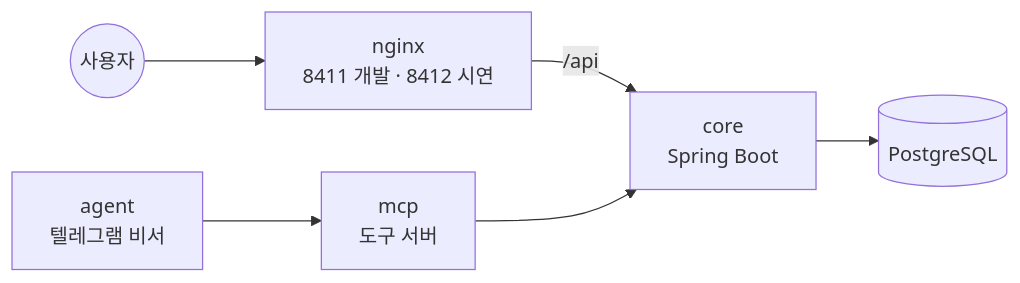
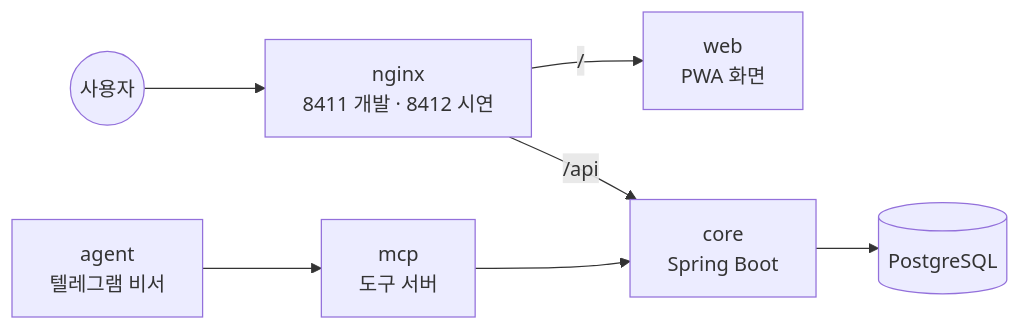
One commit to AI-go-do/infra changed the second of 2 diagrams in README.md. Above: the diagram before and after it, drawn with Mermaid. The commit also changed other lines of this file and 3 other files, not shown here.

````diff
--- a/README.md
+++ b/README.md
@@ -35,8 +35,9 @@
 ```mermaid
 flowchart LR
   U((사용자)) --> N[nginx<br/>8411 개발 · 8412 시연]
+  N -- / --> W[web<br/>PWA 화면]
   N -- /api --> C[core<br/>Spring Boot]
   C --> P[(PostgreSQL)]
   AG[agent<br/>텔레그램 비서] --> M[mcp<br/>도구 서버]
   M --> C
 ```
````
